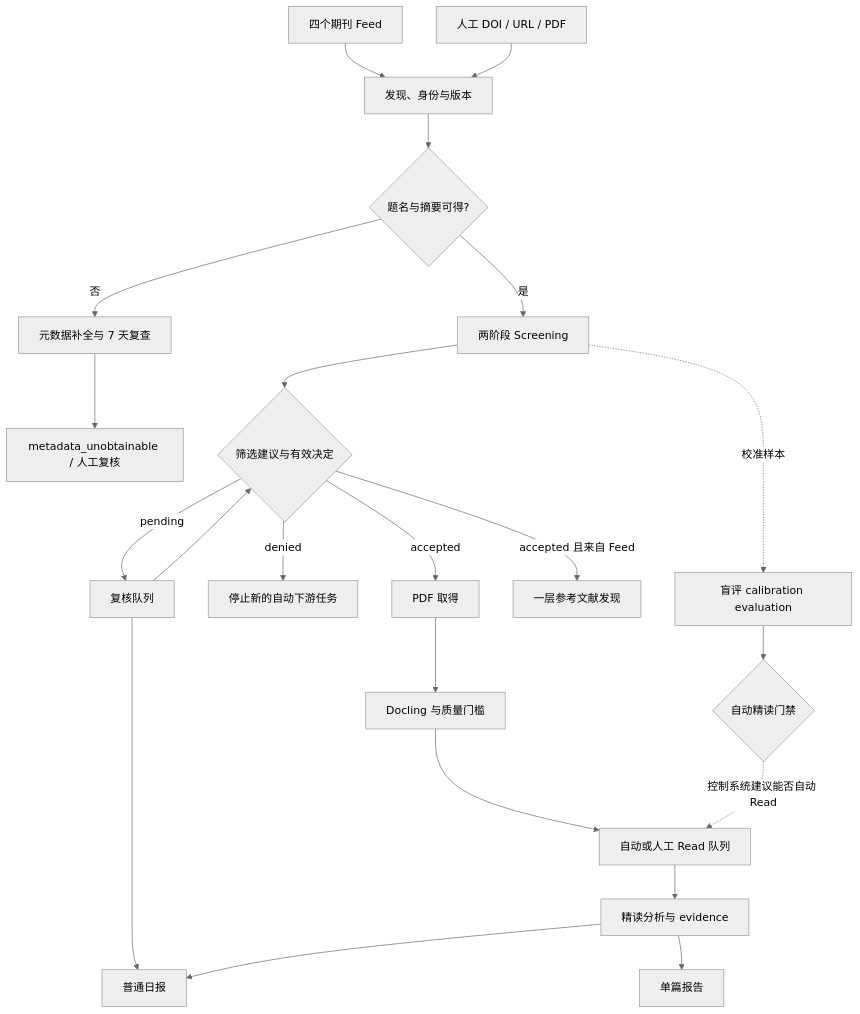
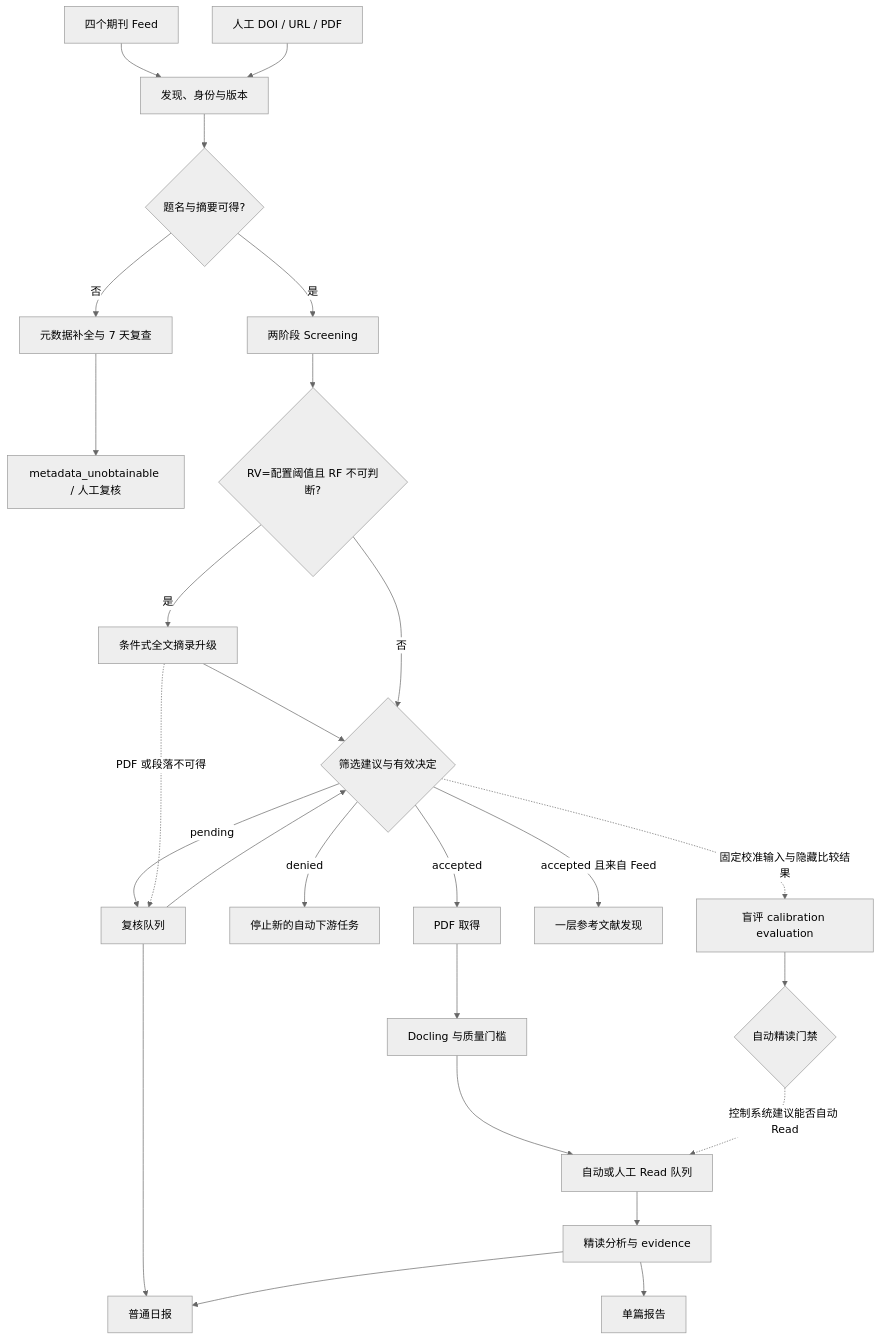
One commit to MeteoBoy4/PaperRadar changed the diagram in intent/draft.md. Above: the diagram before and after it, drawn with Mermaid (neutral theme). The commit also changed other lines of this file and 14 other files, not shown here.

```diff
--- a/intent/draft.md
+++ b/intent/draft.md
@@ -275,24 +291,29 @@
 ~~~mermaid
 flowchart TD
     F[四个期刊 Feed] --> I[发现、身份与版本]
     M[人工 DOI / URL / PDF] --> I
     I --> D{题名与摘要可得?}
     D -- 否 --> U[元数据补全与 7 天复查]
     U --> MU[metadata_unobtainable / 人工复核]
     D -- 是 --> S[两阶段 Screening]
-    S --> G{筛选建议与有效决定}
+    S --> T{RV=配置阈值且 RF 不可判断?}
+    T -- 是 --> RE[条件式全文摘录升级]
+    RE --> G
+    T -- 否 --> G
+    G{筛选建议与有效决定}
     G -- pending --> Q[复核队列]
     Q --> G
     G -- denied --> X[停止新的自动下游任务]
     G -- accepted --> P[PDF 取得]
+    RE -. PDF 或段落不可得 .-> Q
     G -- accepted 且来自 Feed --> R[一层参考文献发现]
     P --> E[Docling 与质量门槛]
     E --> A[自动或人工 Read 队列]
     A --> L[精读分析与 evidence]
     Q --> O[普通日报]
     L --> O
     L --> PR[单篇报告]
-    S -. 校准样本 .-> C[盲评 calibration evaluation]
+    G -. 固定校准输入与隐藏比较结果 .-> C[盲评 calibration evaluation]
     C --> K{自动精读门禁}
     K -. 控制系统建议能否自动 Read .-> A
 ~~~
```
